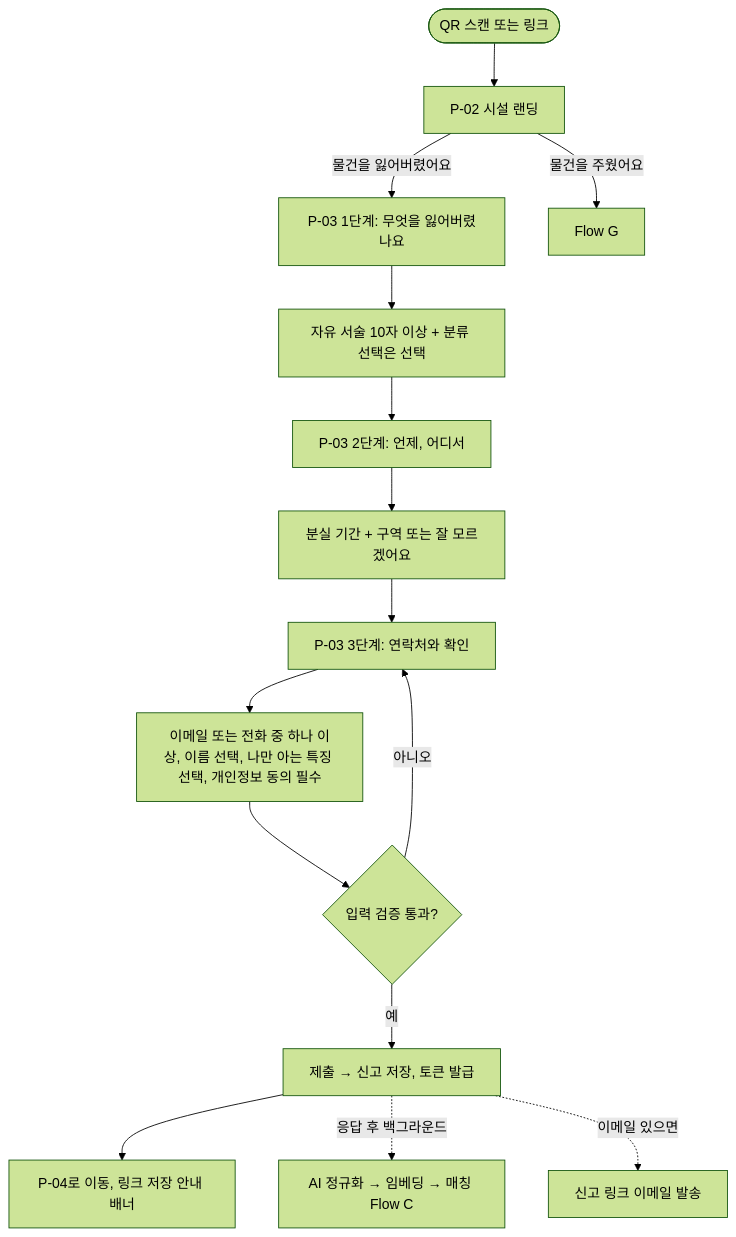
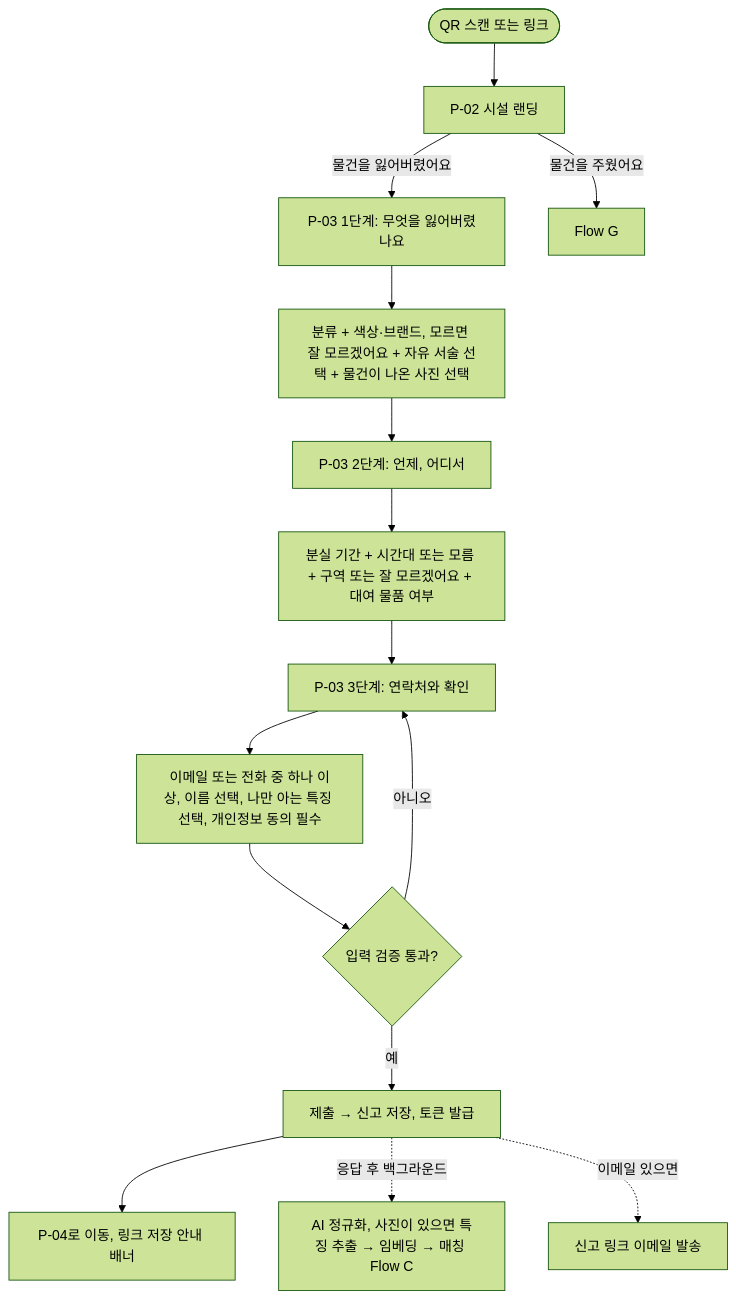
The fourth of 13 diagrams in docs/02-user-flows.md (wjddns0122/itsme), drawn with Mermaid (forest theme) before and after one commit. The commit also changed other lines of this file and 14 other files, not shown here.

````diff
--- a/docs/02-user-flows.md
+++ b/docs/02-user-flows.md
@@ -62,17 +79,17 @@
 ```mermaid
 flowchart TD
     B0(["QR 스캔 또는 링크"]) --> B1["P-02 시설 랜딩"]
     B1 -->|"물건을 잃어버렸어요"| B2["P-03 1단계: 무엇을 잃어버렸나요"]
     B1 -->|"물건을 주웠어요"| G["Flow G"]
-    B2 --> B3["자유 서술 10자 이상 + 분류 선택은 선택"]
+    B2 --> B3["분류 + 색상·브랜드, 모르면 잘 모르겠어요 + 자유 서술 선택 + 물건이 나온 사진 선택"]
     B3 --> B4["P-03 2단계: 언제, 어디서"]
-    B4 --> B5["분실 기간 + 구역 또는 잘 모르겠어요"]
+    B4 --> B5["분실 기간 + 시간대 또는 모름 + 구역 또는 잘 모르겠어요 + 대여 물품 여부"]
     B5 --> B6["P-03 3단계: 연락처와 확인"]
     B6 --> B7["이메일 또는 전화 중 하나 이상, 이름 선택, 나만 아는 특징 선택, 개인정보 동의 필수"]
     B7 --> B8{"입력 검증 통과?"}
     B8 -->|"아니오"| B6
     B8 -->|"예"| B9["제출 → 신고 저장, 토큰 발급"]
     B9 --> B10["P-04로 이동, 링크 저장 안내 배너"]
-    B9 -.->|"응답 후 백그라운드"| B11["AI 정규화 → 임베딩 → 매칭 Flow C"]
+    B9 -.->|"응답 후 백그라운드"| B11["AI 정규화, 사진이 있으면 특징 추출 → 임베딩 → 매칭 Flow C"]
     B9 -.->|"이메일 있으면"| B12["신고 링크 이메일 발송"]
 ```
````
